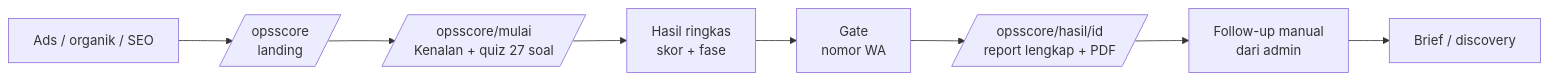
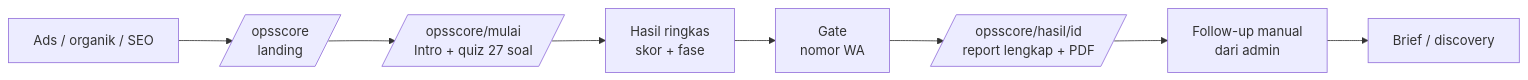
Before and after one commit to mwafiudin/coderoach: the diagram in docs/opsscore-brief.md, drawn with Mermaid. The commit also changed other lines of this file and 6 other files, not shown here.

````diff
--- a/docs/opsscore-brief.md
+++ b/docs/opsscore-brief.md
@@ -61,10 +63,10 @@
 ```mermaid
 flowchart LR
   A[Ads / organik / SEO] --> B[/opsscore<br/>landing/]
-  B --> C[/opsscore/mulai<br/>Kenalan + quiz 27 soal/]
+  B --> C[/opsscore/mulai<br/>Intro + quiz 27 soal/]
   C --> D[Hasil ringkas<br/>skor + fase]
   D --> E[Gate<br/>nomor WA]
   E --> F[/opsscore/hasil/id<br/>report lengkap + PDF/]
   F --> G[Follow-up manual<br/>dari admin]
   G --> H[Brief / discovery]
 ```
````
